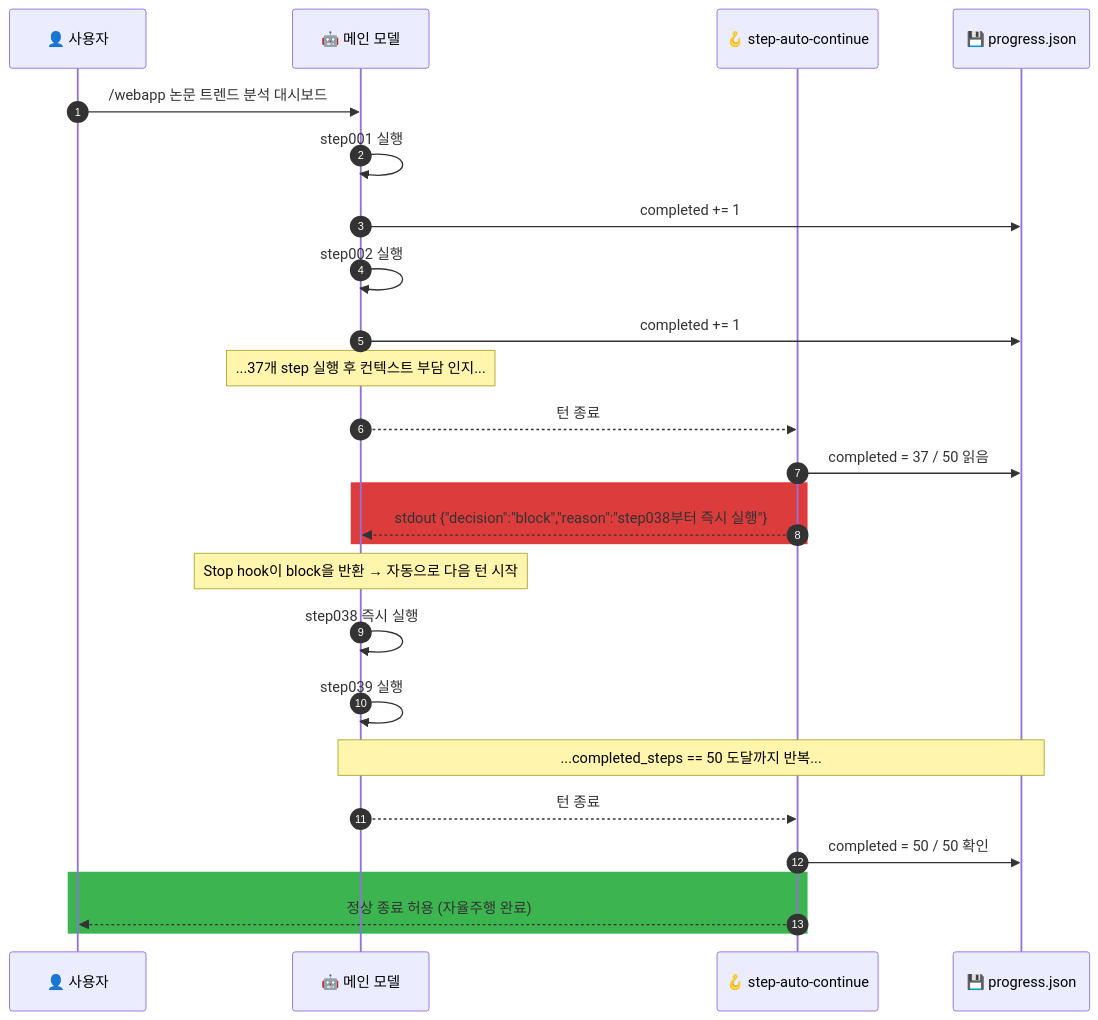
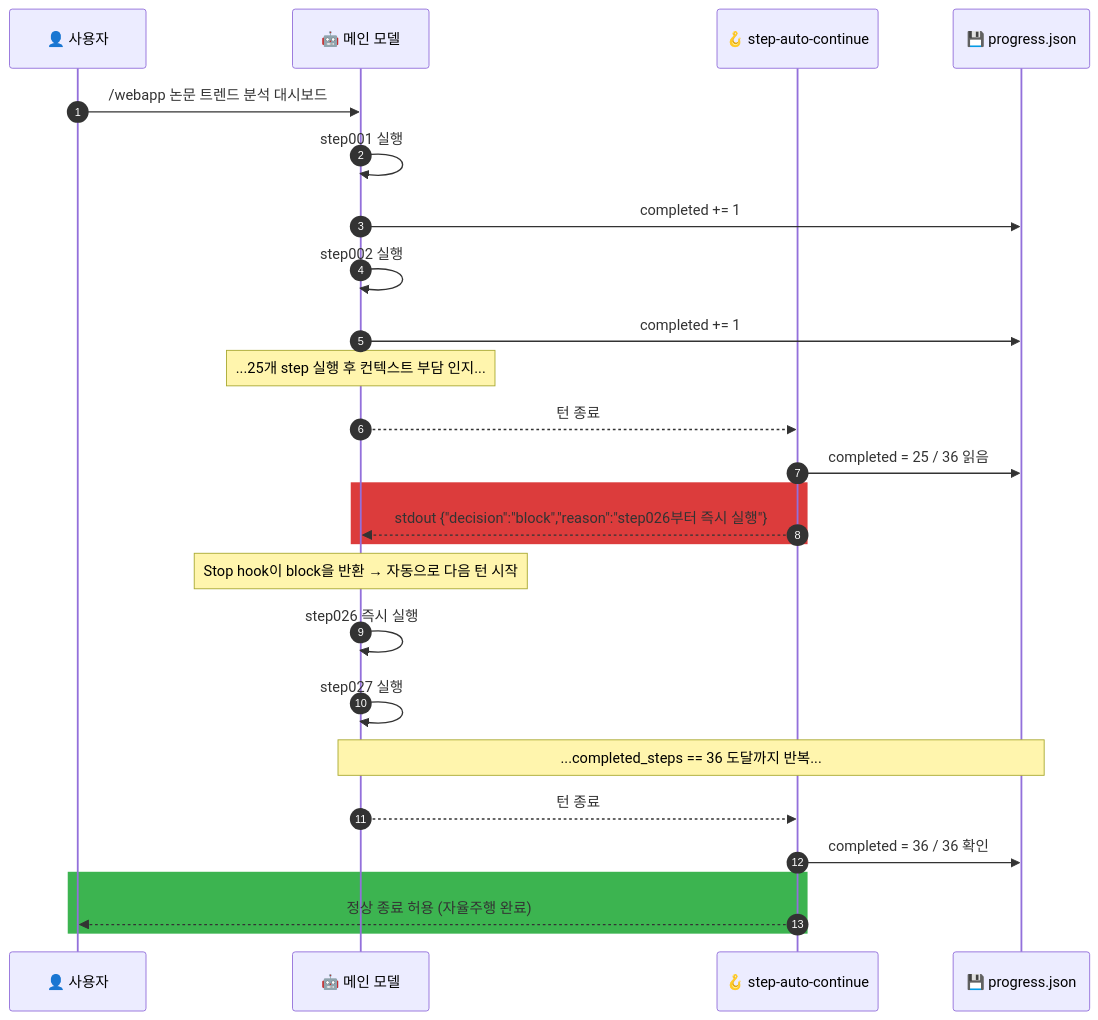
The fourth of 4 diagrams in README.md (Technoetic/harness20), drawn with Mermaid before and after one commit. The commit also changed other lines of this file and 27 other files, not shown here.

````diff
--- a/README.md
+++ b/README.md
@@ -492,29 +544,29 @@
 ```mermaid
 sequenceDiagram
     autonumber
     participant User as 👤 사용자
     participant LLM as 🤖 메인 모델
     participant Stop as 🪝 step-auto-continue
     participant Progress as 💾 progress.json
 
     User->>LLM: /webapp 논문 트렌드 분석 대시보드
     LLM->>LLM: step001 실행
     LLM->>Progress: completed += 1
     LLM->>LLM: step002 실행
     LLM->>Progress: completed += 1
-    Note over LLM: ...37개 step 실행 후 컨텍스트 부담 인지...
+    Note over LLM: ...25개 step 실행 후 컨텍스트 부담 인지...
     LLM-->>Stop: 턴 종료
-    Stop->>Progress: completed = 37 / 50 읽음
+    Stop->>Progress: completed = 25 / 36 읽음
     rect rgb(220, 60, 60)
-    Stop-->>LLM: stdout {"decision":"block","reason":"step038부터 즉시 실행"}
+    Stop-->>LLM: stdout {"decision":"block","reason":"step026부터 즉시 실행"}
     end
     Note over LLM: Stop hook이 block을 반환 → 자동으로 다음 턴 시작
-    LLM->>LLM: step038 즉시 실행
-    LLM->>LLM: step039 실행
-    Note over LLM,Progress: ...completed_steps == 50 도달까지 반복...
+    LLM->>LLM: step026 즉시 실행
+    LLM->>LLM: step027 실행
+    Note over LLM,Progress: ...completed_steps == 36 도달까지 반복...
     LLM-->>Stop: 턴 종료
-    Stop->>Progress: completed = 50 / 50 확인
+    Stop->>Progress: completed = 36 / 36 확인
     rect rgb(60, 180, 80)
     Stop-->>User: 정상 종료 허용 (자율주행 완료)
     end
 ```
````
